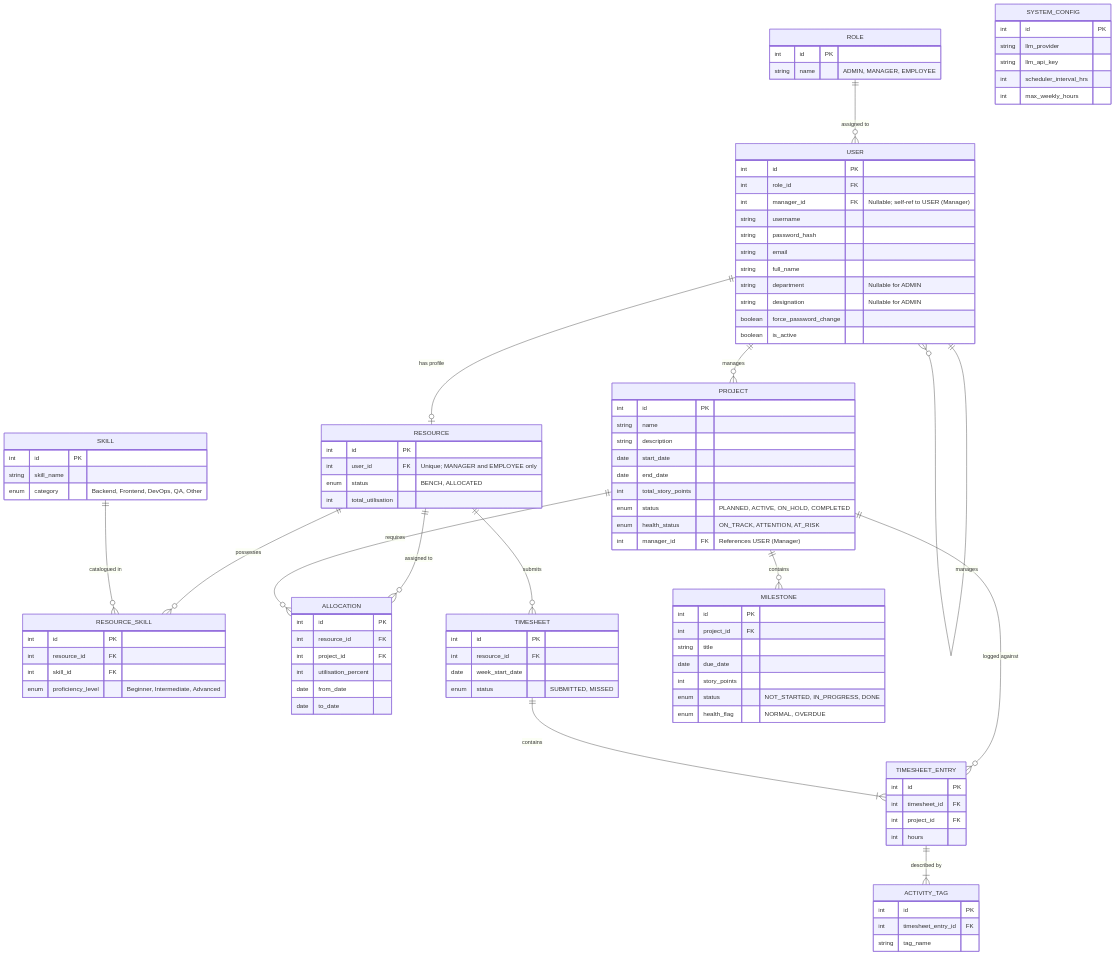
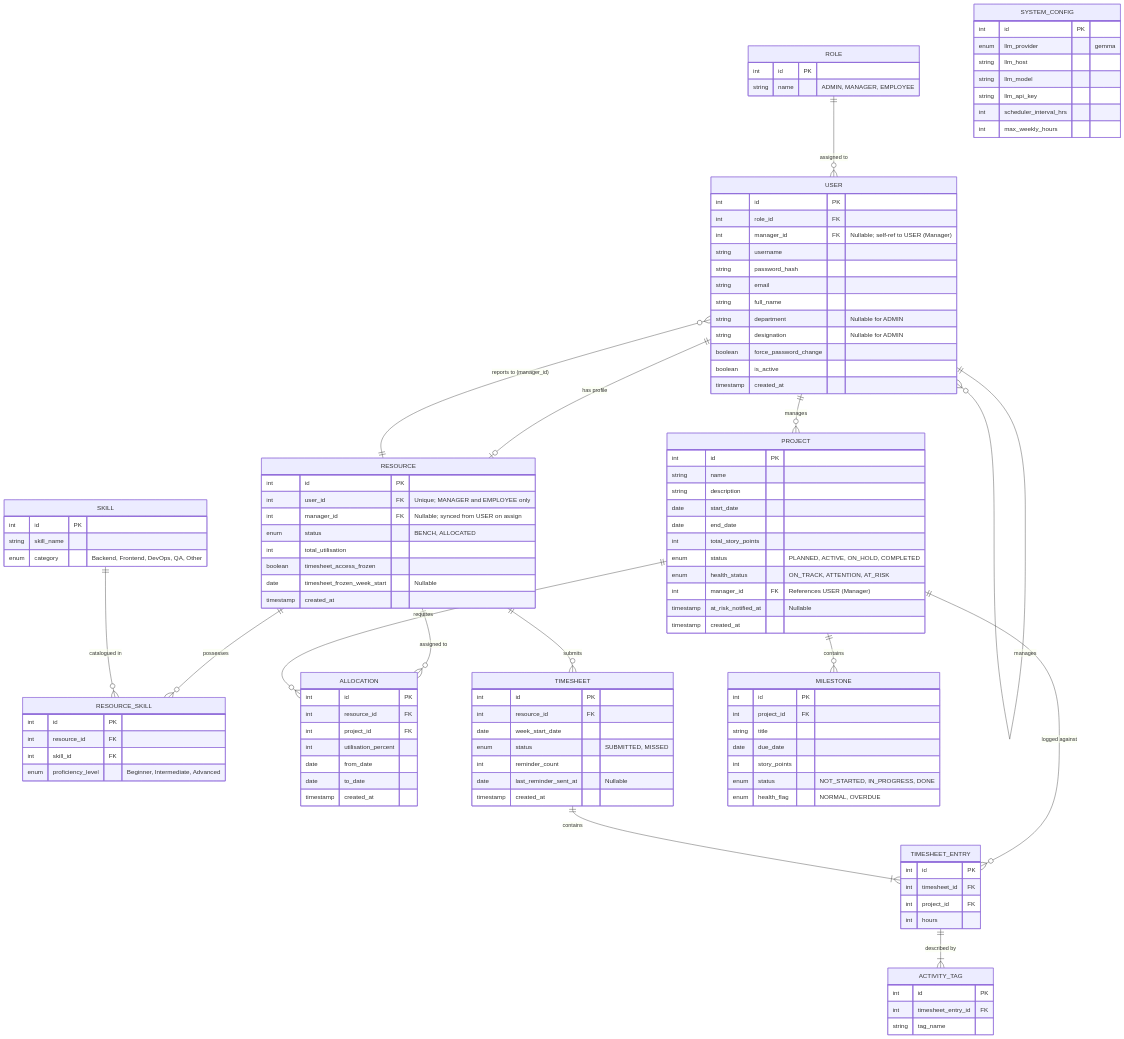
Before and after one commit to RiyaAmetaITT/Project-Resource-Management-tool: the diagram in UML Design/er_diagram.md, drawn with Mermaid. The commit also changed other lines of this file and 74 other files, not shown here.

```diff
--- a/UML Design/er_diagram.md
+++ b/UML Design/er_diagram.md
@@ -10,6 +10,7 @@
     USER ||--o{ USER : "manages"
     USER ||--o{ PROJECT : "manages"
 
+    RESOURCE ||--o{ USER : "reports to (manager_id)"
     RESOURCE ||--o{ RESOURCE_SKILL : "possesses"
     SKILL ||--o{ RESOURCE_SKILL : "catalogued in"
     RESOURCE ||--o{ ALLOCATION : "assigned to"
@@ -40,13 +41,18 @@
         string designation "Nullable for ADMIN"
         boolean force_password_change
         boolean is_active
+        timestamp created_at
     }
 
     RESOURCE {
         int id PK
         int user_id FK "Unique; MANAGER and EMPLOYEE only"
+        int manager_id FK "Nullable; synced from USER on assign"
         enum status "BENCH, ALLOCATED"
         int total_utilisation
+        boolean timesheet_access_frozen
+        date timesheet_frozen_week_start "Nullable"
+        timestamp created_at
     }
 
     SKILL {
@@ -72,6 +78,8 @@
         enum status "PLANNED, ACTIVE, ON_HOLD, COMPLETED"
         enum health_status "ON_TRACK, ATTENTION, AT_RISK"
         int manager_id FK "References USER (Manager)"
+        timestamp at_risk_notified_at "Nullable"
+        timestamp created_at
     }
 
     MILESTONE {
@@ -91,6 +99,7 @@
         int utilisation_percent
         date from_date
         date to_date
+        timestamp created_at
     }
 
     TIMESHEET {
@@ -98,6 +107,9 @@
         int resource_id FK
         date week_start_date
         enum status "SUBMITTED, MISSED"
+        int reminder_count
+        date last_reminder_sent_at "Nullable"
+        timestamp created_at
     }
 
     TIMESHEET_ENTRY {
@@ -115,7 +127,9 @@
 
     SYSTEM_CONFIG {
         int id PK
-        string llm_provider
+        enum llm_provider "gemma"
+        string llm_host
+        string llm_model
         string llm_api_key
         int scheduler_interval_hrs
         int max_weekly_hours
```
